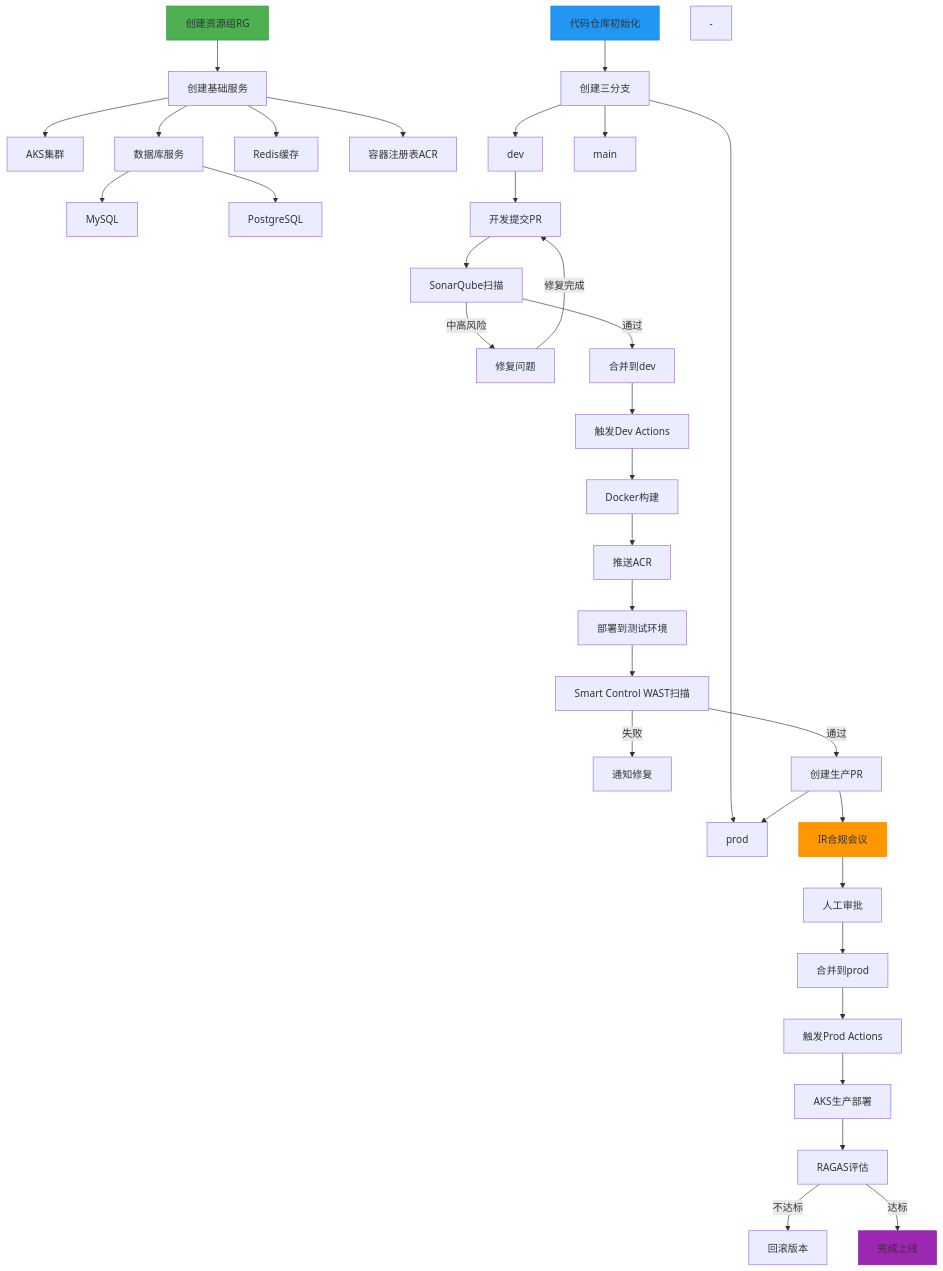
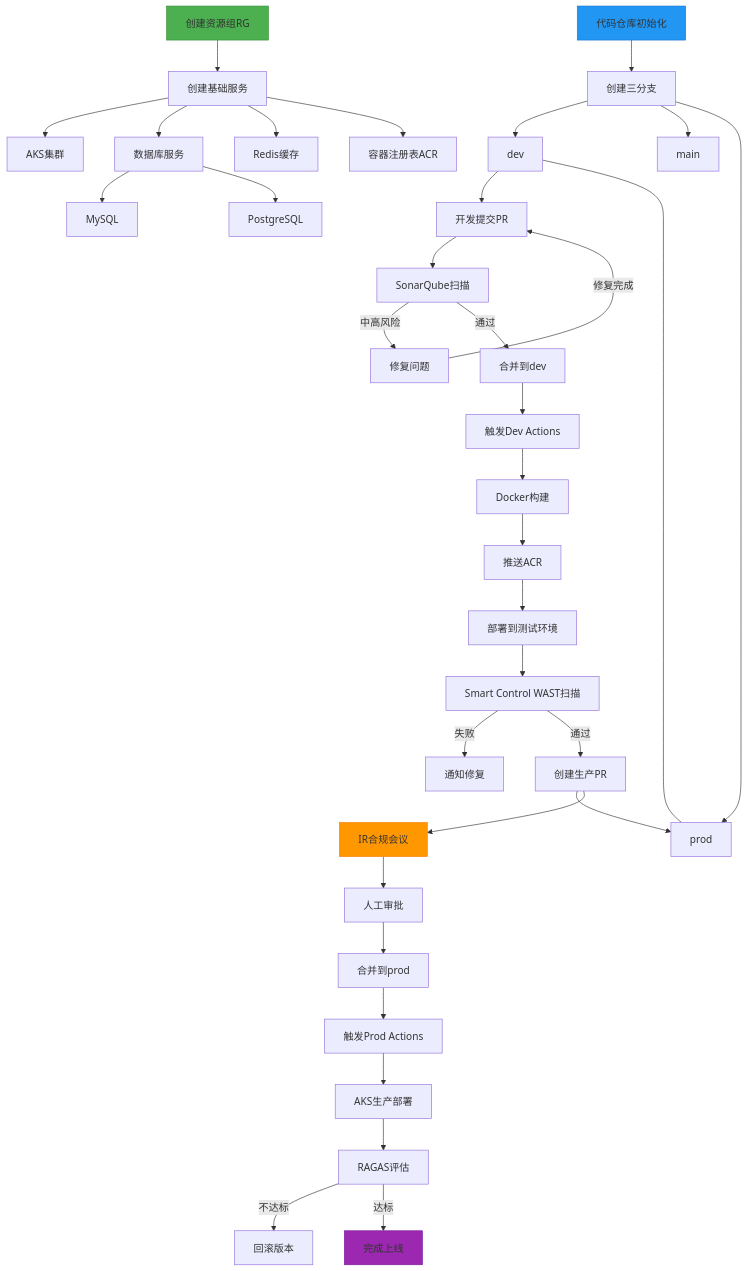
Before and after one commit to funnyData/iodraw-files: the diagram in all/未命名-1.md, drawn with Mermaid.

Commit message:
2025-02-27 09:05:27 update

````diff
--- a/all/未命名-1.md
+++ b/all/未命名-1.md
@@ -1,52 +1,52 @@
 ```mermaid
 graph TD
     A[创建资源组RG] --> B[创建基础服务]
     B --> C[AKS集群]
     B --> D[数据库服务]
     D --> DA[MySQL]
     D --> DB[PostgreSQL]
     B --> E[Redis缓存]
     B --> F[容器注册表ACR]
     
     G[代码仓库初始化] --> H[创建三分支]
     H --> I[dev]
     H --> J[main]
     H --> K[prod]
-    -
+    ---
     I --> L[开发提交PR]
     L --> M[SonarQube扫描]
     M -->|中高风险| N[修复问题]
     N -->|修复完成|L
     M -->|通过| O[合并到dev]
     
     O --> P[触发Dev Actions]
     P --> Q[Docker构建]
     Q --> R[推送ACR]
     R --> S[部署到测试环境]
     
     S --> T[Smart Control WAST扫描]
     T -->|失败| U[通知修复]
 
     
     T -->|通过| V[创建生产PR]
     V --> K
     
     V --> W[IR合规会议]
     W --> X[人工审批]
     X --> Y[合并到prod]
     
     Y --> Z[触发Prod Actions]
     Z --> AC[AKS生产部署]
     %% Z --> AA[安全扫描]
     %% AA -->|高风险| AB[终止部署]
     %% AA -->|通过| AC[AKS生产部署]
     
     AC --> AD[RAGAS评估]
     AD -->|不达标| AE[回滚版本]
     AD -->|达标| AF[完成上线]
     
     style A fill:#4CAF50,stroke:#388E3C
     style G fill:#2196F3,stroke:#1976D2
     style W fill:#FF9800,stroke:#F57C00
     style AF fill:#9C27B0,stroke:#7B1FA2
 ```
````
